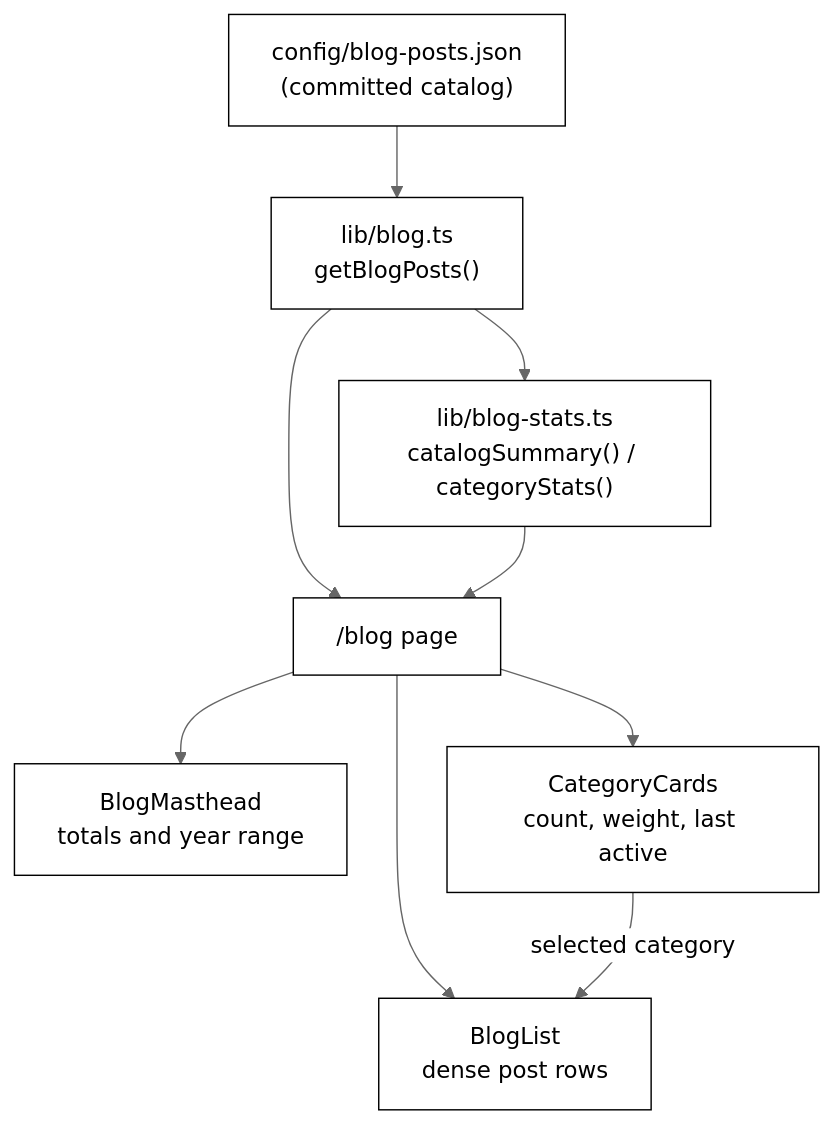
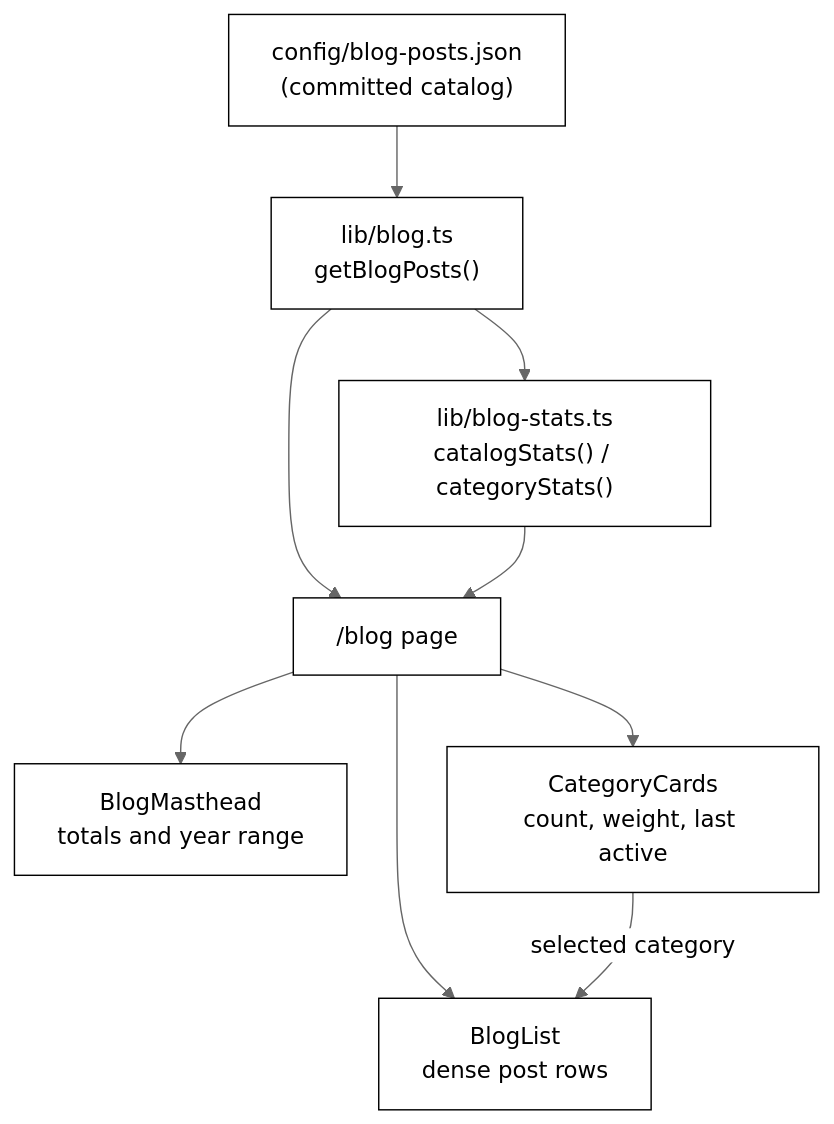
One commit to nadeem4/portfolio changed the diagram in docs/superpowers/specs/2026-08-13-blog-page-depth-signal-design.md. Above: the diagram before and after it, drawn with Mermaid (neutral theme). The commit also changed other lines of this file and 5 other files, not shown here.

````diff
--- a/docs/superpowers/specs/2026-08-13-blog-page-depth-signal-design.md
+++ b/docs/superpowers/specs/2026-08-13-blog-page-depth-signal-design.md
@@ -48,14 +48,14 @@
 ```mermaid
 flowchart TD
     A["config/blog-posts.json<br/>(committed catalog)"] --> B["lib/blog.ts<br/>getBlogPosts()"]
-    B --> C["lib/blog-stats.ts<br/>catalogSummary() / categoryStats()"]
+    B --> C["lib/blog-stats.ts<br/>catalogStats() / categoryStats()"]
     B --> D["/blog page"]
     C --> D
     D --> E["BlogMasthead<br/>totals and year range"]
     D --> F["CategoryCards<br/>count, weight, last active"]
     D --> G["BlogList<br/>dense post rows"]
     F -->|"selected category"| G
 
     classDef node fill:#fff,stroke:#000,color:#000;
     class A,B,C,D,E,F,G node;
 ```
````
